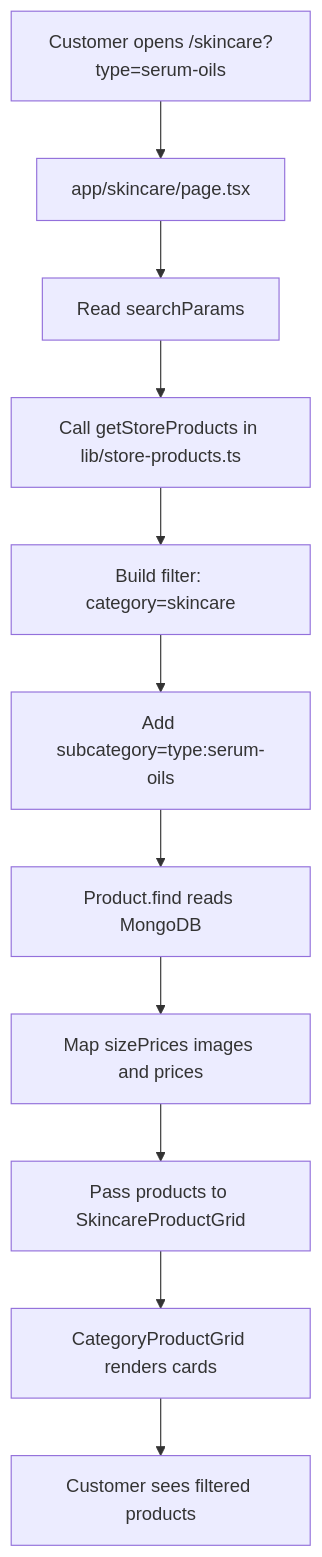
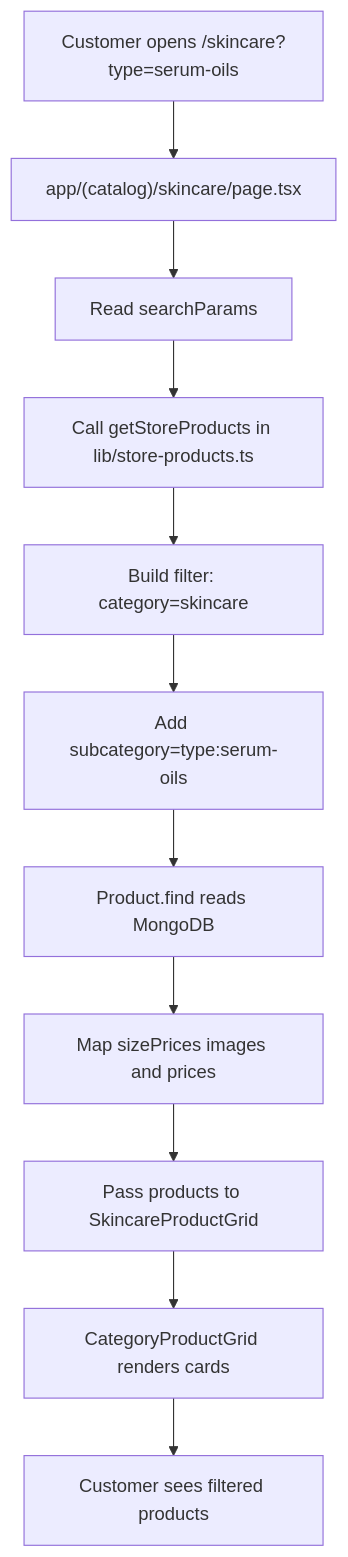
One commit to Joy773/zenlora-ecom-retailer changed the second of 3 diagrams in Architecture/Save&ShowProduct.md. Above: the diagram before and after it, drawn with Mermaid. The commit also changed other lines of this file, not shown here.

Commit message:
document catalog route group structure

````diff
--- a/Architecture/Save&ShowProduct.md
+++ b/Architecture/Save&ShowProduct.md
@@ -153,14 +153,14 @@
 ```mermaid
 flowchart TD
   A[Customer opens /skincare?type=serum-oils]
-  A --> B[app/skincare/page.tsx]
+  A --> B["app/(catalog)/skincare/page.tsx"]
   B --> C[Read searchParams]
   C --> D[Call getStoreProducts in lib/store-products.ts]
   D --> E[Build filter: category=skincare]
   E --> F[Add subcategory=type:serum-oils]
   F --> G[Product.find reads MongoDB]
   G --> H[Map sizePrices images and prices]
   H --> I[Pass products to SkincareProductGrid]
   I --> J[CategoryProductGrid renders cards]
   J --> K[Customer sees filtered products]
 ```
````
